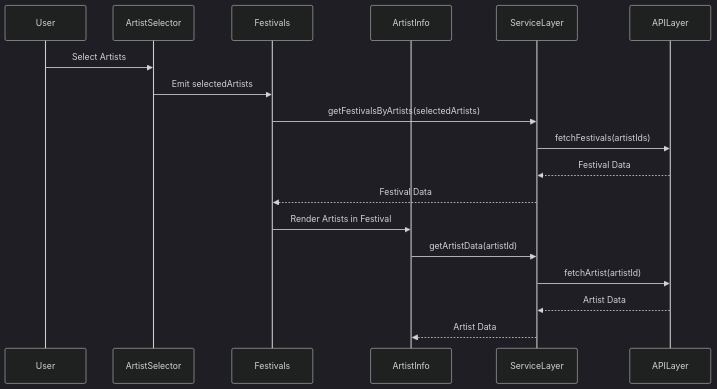
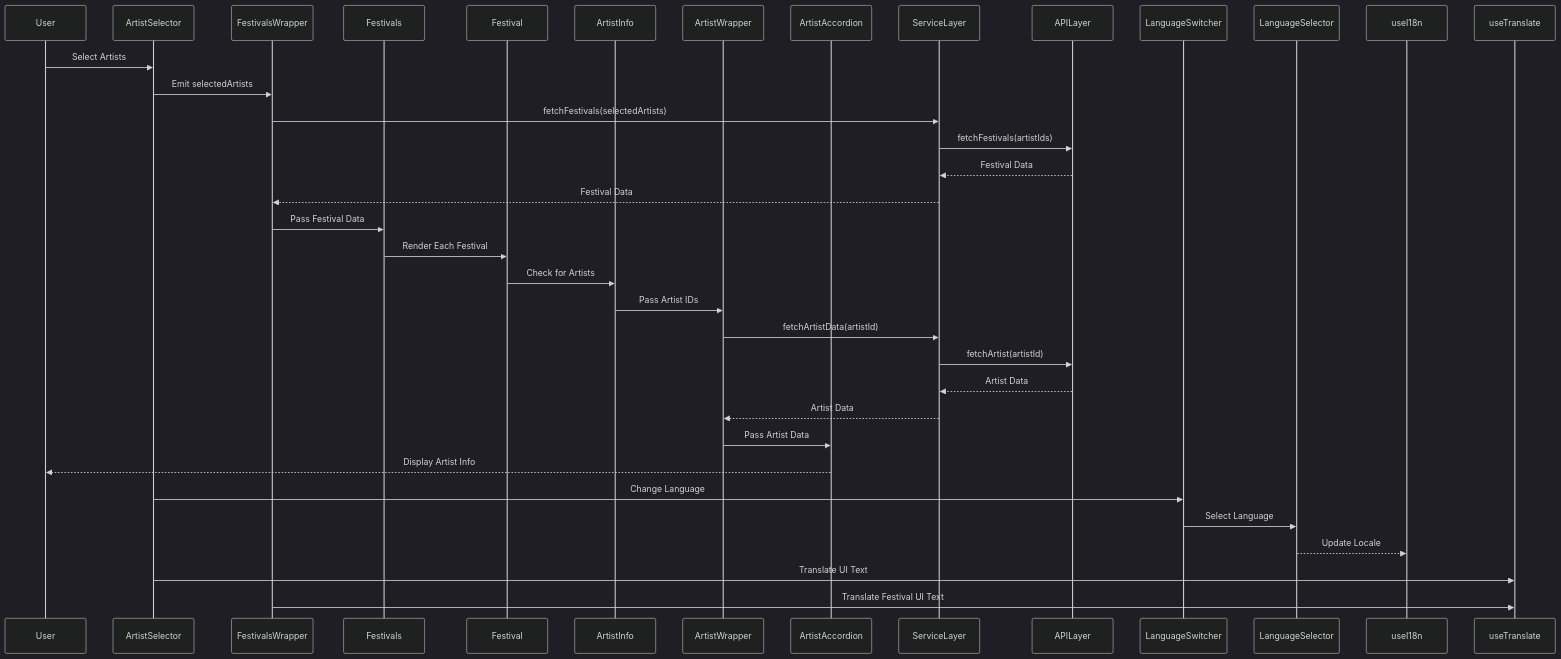
The diagram in src/assets/diagrams/diagram.md (gitsheyno/code-challenge), drawn with Mermaid (dark theme) before and after one commit. The commit also changed 6 other files, not shown here.

````diff
--- a/src/assets/diagrams/diagram.md
+++ b/src/assets/diagrams/diagram.md
@@ -3,21 +3,35 @@
 ```mermaid
 sequenceDiagram
-    participant User
+   participant User
     participant ArtistSelector
+    participant FestivalsWrapper
     participant Festivals
+    participant Festival
     participant ArtistInfo
+    participant ArtistWrapper
+    participant ArtistAccordion
     participant ServiceLayer
     participant APILayer
 
     User->>ArtistSelector: Select Artists
-    ArtistSelector->>Festivals: Emit selectedArtists
-    Festivals->>ServiceLayer: getFestivalsByArtists(selectedArtists)
+    ArtistSelector->>FestivalsWrapper: Emit selectedArtists
+    FestivalsWrapper->>ServiceLayer: fetchFestivals(selectedArtists)
     ServiceLayer->>APILayer: fetchFestivals(artistIds)
     APILayer-->>ServiceLayer: Festival Data
-    ServiceLayer-->>Festivals: Festival Data
-    Festivals->>ArtistInfo: Render Artists in Festival
-    ArtistInfo->>ServiceLayer: getArtistData(artistId)
+    ServiceLayer-->>FestivalsWrapper: Festival Data
+    FestivalsWrapper->>Festivals: Pass Festival Data
+    Festivals->>Festival: Render Each Festival
+    Festival->>ArtistInfo: Check for Artists
+    ArtistInfo->>ArtistWrapper: Pass Artist IDs
+    ArtistWrapper->>ServiceLayer: fetchArtistData(artistId)
     ServiceLayer->>APILayer: fetchArtist(artistId)
     APILayer-->>ServiceLayer: Artist Data
-    ServiceLayer-->>ArtistInfo: Artist Data
+    ServiceLayer-->>ArtistWrapper: Artist Data
+    ArtistWrapper->>ArtistAccordion: Pass Artist Data
+    ArtistAccordion-->>User: Display Artist Info
+    ArtistSelector->>LanguageSwitcher: Change Language
+    LanguageSwitcher->>LanguageSelector: Select Language
+    LanguageSelector-->>useI18n: Update Locale
+    ArtistSelector->>useTranslate: Translate UI Text
+    FestivalsWrapper->>useTranslate: Translate Festival UI Text
 ```
````
